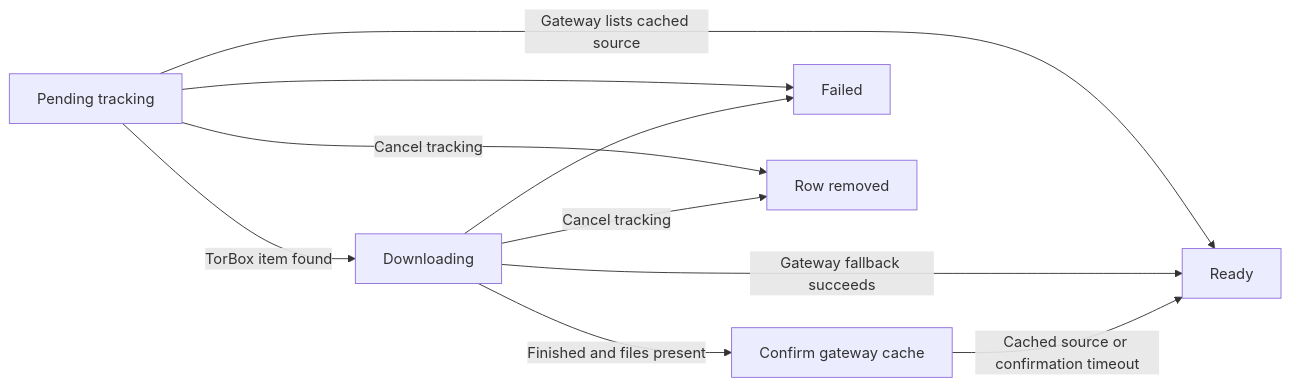
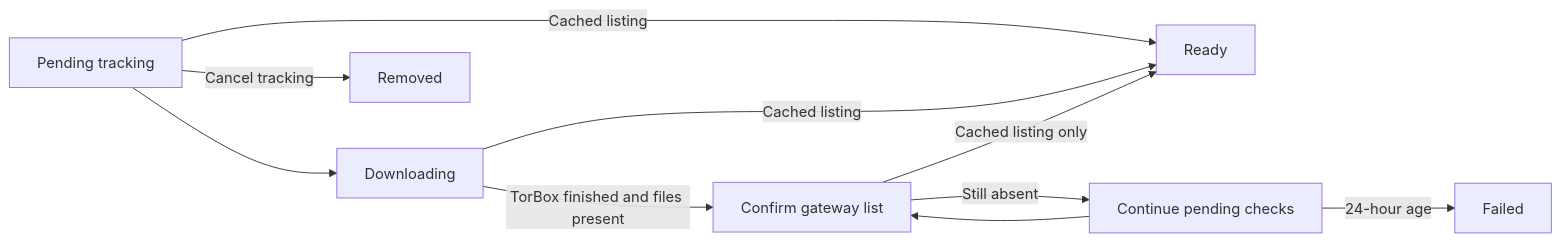
One commit to VeroxAUS/homestream changed the diagram in droid-wiki/features/downloads.md. Above: the diagram before and after it, drawn with Mermaid. The commit also changed other lines of this file and 57 other files, not shown here.

````diff
--- a/droid-wiki/features/downloads.md
+++ b/droid-wiki/features/downloads.md
@@ -34,12 +30,12 @@
 ```mermaid
 graph LR
-    P[Pending tracking] -->|TorBox item found| D[Downloading]
-    D -->|Finished and files present| C[Confirm gateway cache]
-    P -->|Gateway lists cached source| R[Ready]
-    D -->|Gateway fallback succeeds| R
-    C -->|Cached source or confirmation timeout| R
-    P --> F[Failed]
-    D --> F
-    P -->|Cancel tracking| X[Row removed]
-    D -->|Cancel tracking| X
+    Pending[Pending tracking] --> Downloading
+    Downloading -->|TorBox finished and files present| Confirm[Confirm gateway list]
+    Pending -->|Cached listing| Ready
+    Downloading -->|Cached listing| Ready
+    Confirm -->|Cached listing only| Ready
+    Confirm -->|Still absent| Waiting[Continue pending checks]
+    Waiting --> Confirm
+    Waiting -->|24-hour age| Failed
+    Pending -->|Cancel tracking| Removed
 ```
````
